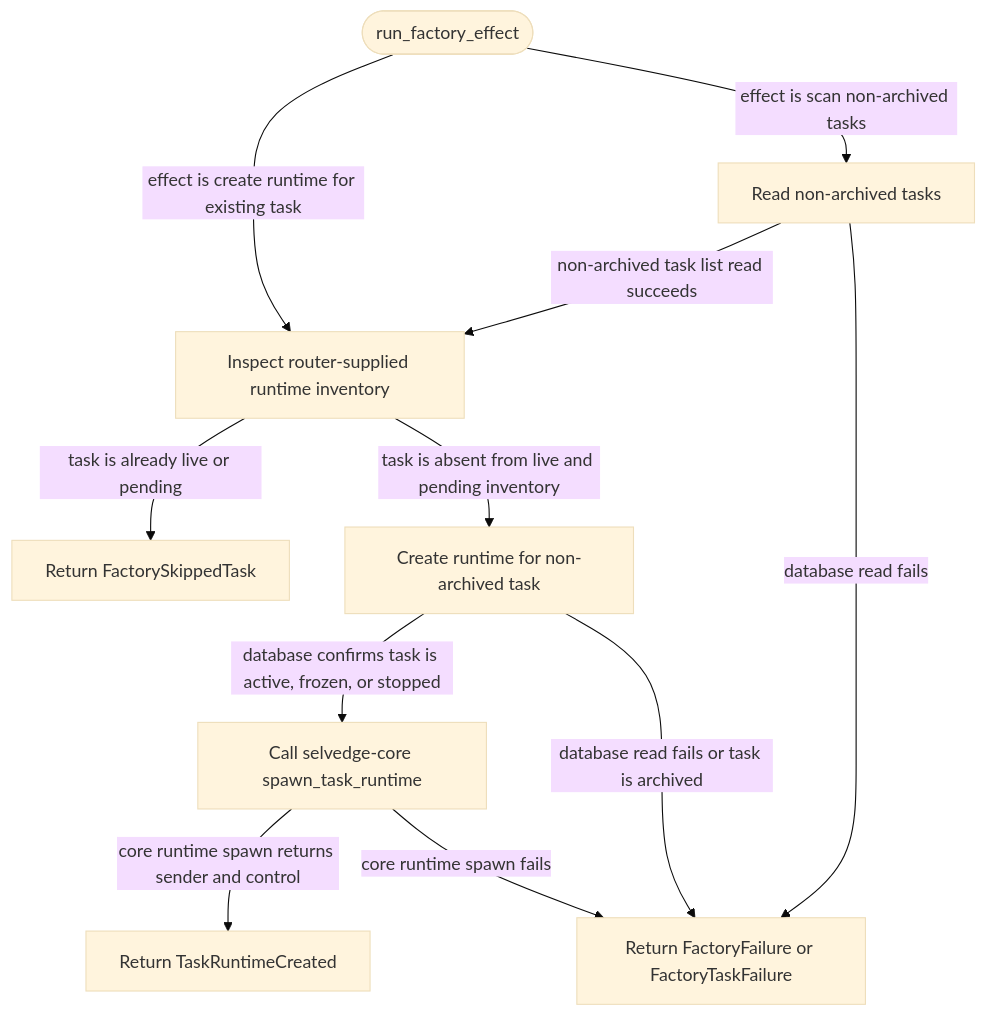
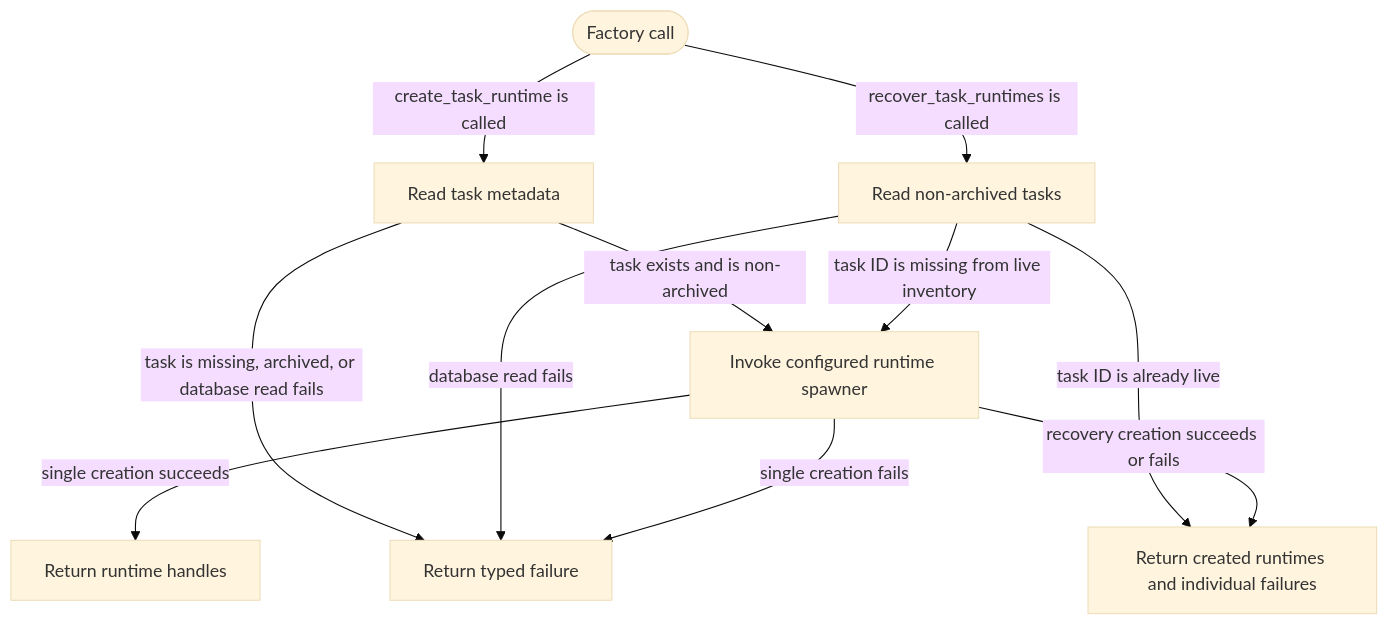
One commit to JiaJunDeng5930/Selvedge changed the diagram in crates/task-runtime-factory/README.md. Above: the diagram before and after it, drawn with Mermaid (base theme). The commit also changed other lines of this file and 142 other files, not shown here.

First line of the commit message:
refactor(core)!: enforce semantic ownership across runtime boundaries

````diff
--- a/crates/task-runtime-factory/README.md
+++ b/crates/task-runtime-factory/README.md
@@ -20,22 +16,21 @@
 ```mermaid
 flowchart TD
-  Start([run_factory_effect])
-  InspectInventory[Inspect router-supplied runtime inventory]
-  CreateRuntime[Create runtime for non-archived task]
-  ScanTasks[Read non-archived tasks]
-  Spawn[Call selvedge-core spawn_task_runtime]
-  OutputCreated[Return TaskRuntimeCreated]
-  OutputSkipped[Return FactorySkippedTask]
-  OutputFailure[Return FactoryFailure or FactoryTaskFailure]
+  Start([Factory call])
+  Create[Read task metadata]
+  Scan[Read non-archived tasks]
+  Spawn[Invoke configured runtime spawner]
+  Result[Return runtime handles]
+  Recovery[Return created runtimes and individual failures]
+  Failure[Return typed failure]
 
-  Start -->|effect is create runtime for existing task| InspectInventory
-  Start -->|effect is scan non-archived tasks| ScanTasks
-  InspectInventory -->|task is already live or pending| OutputSkipped
-  InspectInventory -->|task is absent from live and pending inventory| CreateRuntime
-  CreateRuntime -->|database confirms task is active, frozen, or stopped| Spawn
-  CreateRuntime -->|database read fails or task is archived| OutputFailure
-  ScanTasks -->|non-archived task list read succeeds| InspectInventory
-  ScanTasks -->|database read fails| OutputFailure
-  Spawn -->|core runtime spawn returns sender and control| OutputCreated
-  Spawn -->|core runtime spawn fails| OutputFailure
+  Start -->|create_task_runtime is called| Create
+  Start -->|recover_task_runtimes is called| Scan
+  Create -->|task exists and is non-archived| Spawn
+  Create -->|task is missing, archived, or database read fails| Failure
+  Scan -->|database read fails| Failure
+  Scan -->|task ID is already live| Recovery
+  Scan -->|task ID is missing from live inventory| Spawn
+  Spawn -->|single creation succeeds| Result
+  Spawn -->|single creation fails| Failure
+  Spawn -->|recovery creation succeeds or fails| Recovery
 ```
````
